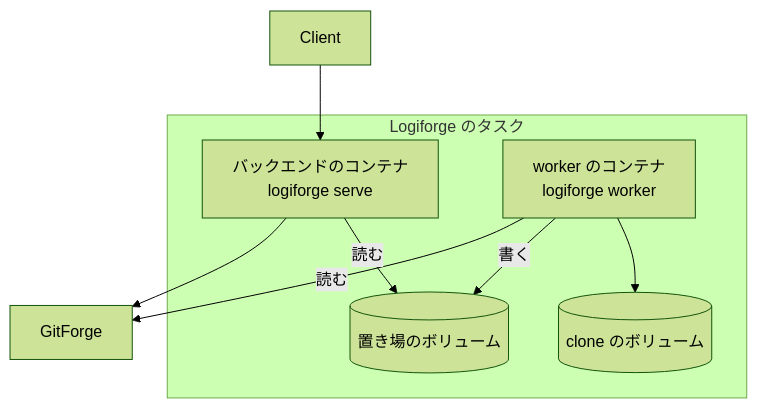
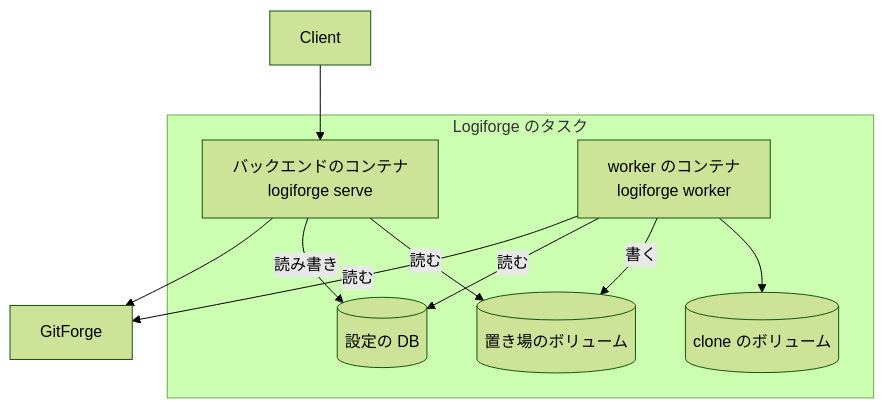
Before and after one commit to yamambainc/logiforge: the diagram in design/deploy/README.md, drawn with Mermaid (forest theme). The commit also changed other lines of this file and 48 other files, not shown here.

````diff
--- a/design/deploy/README.md
+++ b/design/deploy/README.md
@@ -30,17 +30,20 @@
 ```mermaid
 flowchart TB
   C["Client"]
   subgraph T["Logiforge のタスク"]
     BE["バックエンドのコンテナ<br>logiforge serve"]
     W["worker のコンテナ<br>logiforge worker"]
     V1[("clone のボリューム")]
     V2[("置き場のボリューム")]
+    DB[("設定の DB")]
   end
   FG["GitForge"]
   C --> BE
   W --> V1
   W -->|書く| V2
   BE -->|読む| V2
+  BE -->|読み書き| DB
+  W -->|読む| DB
   BE --> FG
   W -->|読む| FG
 ```
````
